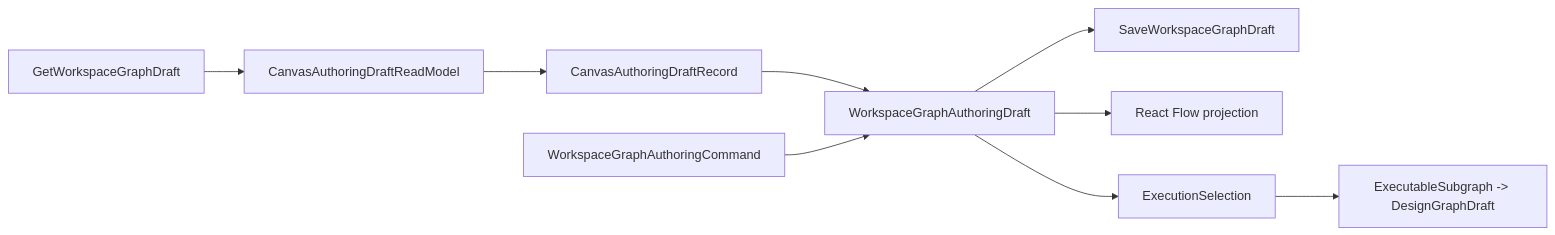
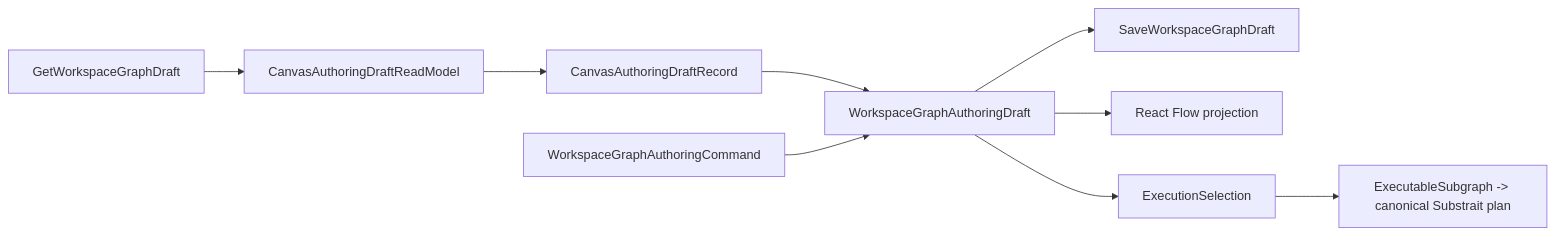
Before and after one commit to dunay2/dvt: the second of 3 diagrams in docs/architecture/components/web/graph/canvas-authoring-draft-boundary-component.md, drawn with Mermaid. The commit also changed other lines of this file and 136 other files, not shown here.

````diff
--- a/docs/architecture/components/web/graph/canvas-authoring-draft-boundary-component.md
+++ b/docs/architecture/components/web/graph/canvas-authoring-draft-boundary-component.md
@@ -161,21 +161,21 @@
 ```mermaid
 flowchart LR
   Read["GetWorkspaceGraphDraft"]
   Model["CanvasAuthoringDraftReadModel"]
   Record["CanvasAuthoringDraftRecord"]
   Commands["WorkspaceGraphAuthoringCommand"]
   Aggregate["WorkspaceGraphAuthoringDraft"]
   Save["SaveWorkspaceGraphDraft"]
   Viewport["React Flow projection"]
   Selection["ExecutionSelection"]
-  Compile["ExecutableSubgraph -> DesignGraphDraft"]
+  Compile["ExecutableSubgraph -> canonical Substrait plan"]
 
   Read --> Model
   Model --> Record
   Record --> Aggregate
   Commands --> Aggregate
   Aggregate --> Save
   Aggregate --> Viewport
   Aggregate --> Selection
   Selection --> Compile
 ```
````
